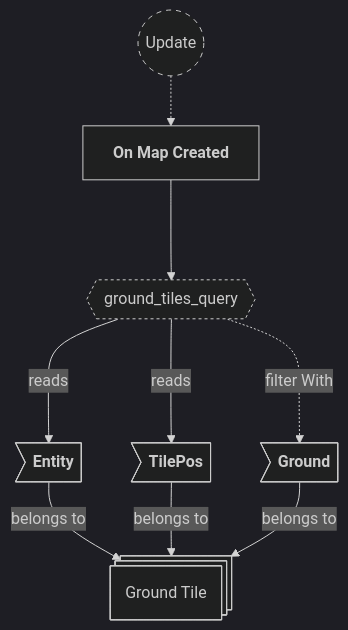
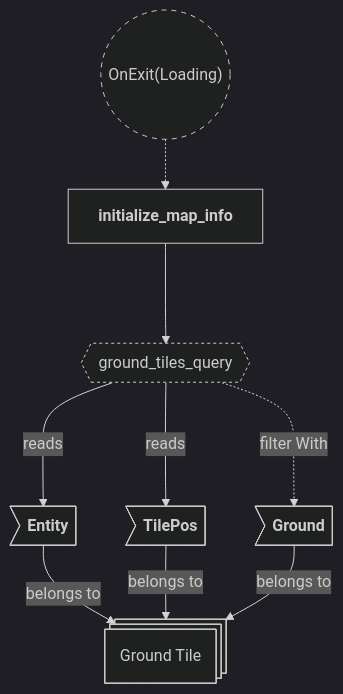
One commit to neurosoup/tyled changed the second of 10 diagrams in backlog/docs/doc-3 - 001-Maps-plugin.md. Above: the diagram before and after it, drawn with Mermaid. The commit also changed other lines of this file and 9 other files, not shown here.

````diff
--- a/backlog/docs/doc-3 - 001-Maps-plugin.md
+++ b/backlog/docs/doc-3 - 001-Maps-plugin.md
@@ -145,28 +114,28 @@
 ```mermaid
 ---
 config:
   theme: dark
 ---
 
 flowchart TD
 classDef system-group stroke-dasharray: 5 5
 classDef query stroke-dasharray: 3 3
 
-update(("`Update`")):::system-group
-on_map_created["`**On Map Created**`"]
+on_exit_loading(("`OnExit(Loading)`")):::system-group
+initialize_map_info["`**initialize_map_info**`"]
 
-update -.-> on_map_created
+on_exit_loading -.-> initialize_map_info
 
 ground_tiles_query{{"`ground_tiles_query`"}}:::query
-on_map_created ---> ground_tiles_query
+initialize_map_info ---> ground_tiles_query
 
 ground_entity@{ shape: st-rect, label: "Ground Tile" }
 
 gt_entity>"`**Entity**`"] --> |belongs to| ground_entity
 gt_tile_pos>"`**TilePos**`"] --> |belongs to| ground_entity
 gt_ground>"`**Ground**`"] --> |belongs to| ground_entity
 
 ground_tiles_query ---> |reads| gt_entity
 ground_tiles_query ---> |reads| gt_tile_pos
 ground_tiles_query -..-> |filter With| gt_ground
 ```
````
